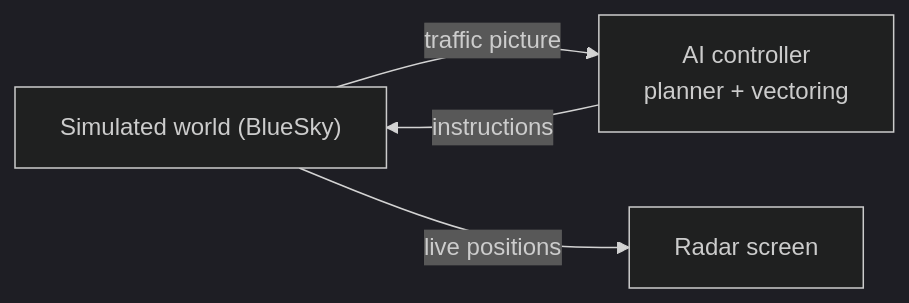
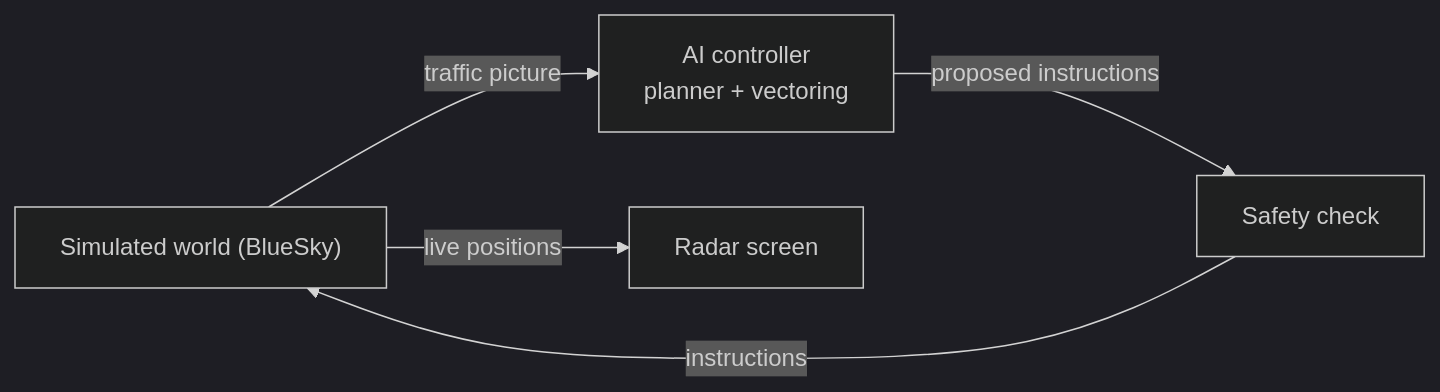
One commit to JamesLeCuirot/ai-approach-controller changed the diagram in README.md. Above: the diagram before and after it, drawn with Mermaid (dark theme). The commit also changed other lines of this file and 1 other file, not shown here.

````diff
--- a/README.md
+++ b/README.md
@@ -18,6 +18,7 @@
 ```mermaid
 flowchart LR
     W["Simulated world (BlueSky)"] -- traffic picture --> AI["AI controller<br/>planner + vectoring"]
-    AI -- instructions --> W
+    AI -- proposed instructions --> SC["Safety check"]
+    SC -- instructions --> W
     W -- live positions --> R["Radar screen"]
 ```
````
